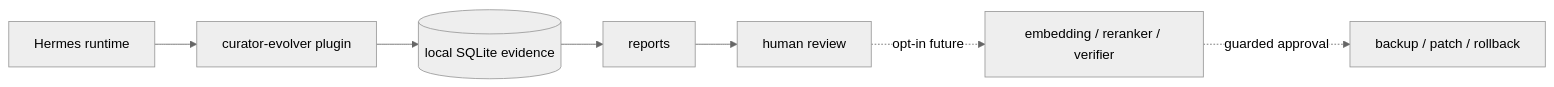
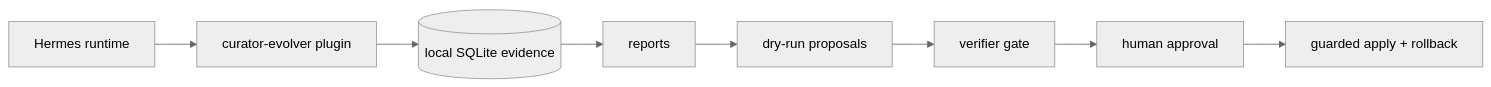
One commit to pingchesu/hermes-curator-evolver changed the diagram in README.md. Above: the diagram before and after it, drawn with Mermaid (neutral theme). The commit also changed other lines of this file and 14 other files, not shown here.

Commit message:
feat: complete curator evolver roadmap

````diff
--- a/README.md
+++ b/README.md
@@ -75,9 +85,10 @@
 ```mermaid
 flowchart LR
     H[Hermes runtime] --> P[curator-evolver plugin]
     P --> DB[(local SQLite evidence)]
     DB --> R[reports]
-    R --> Human[human review]
-    Human -. opt-in future .-> Models[embedding / reranker / verifier]
-    Models -. guarded approval .-> Apply[backup / patch / rollback]
+    R --> Proposal[dry-run proposals]
+    Proposal --> Verify[verifier gate]
+    Verify --> Human[human approval]
+    Human --> Apply[guarded apply + rollback]
 ```
````
